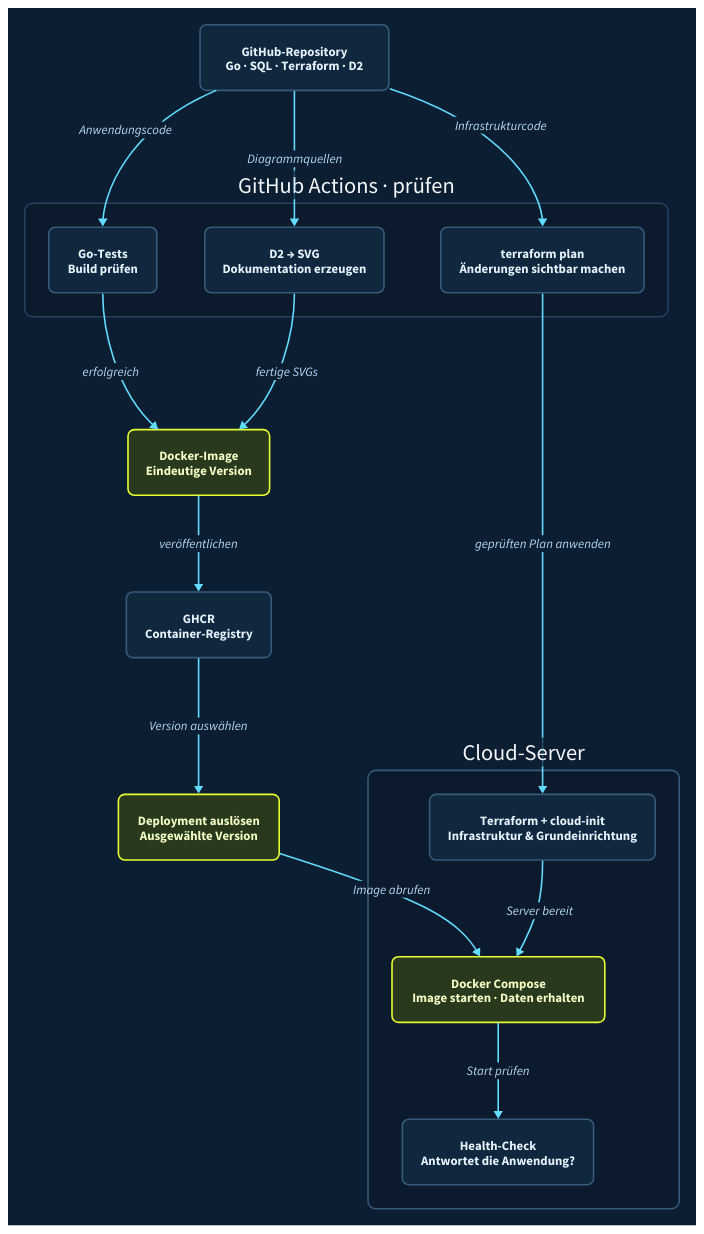
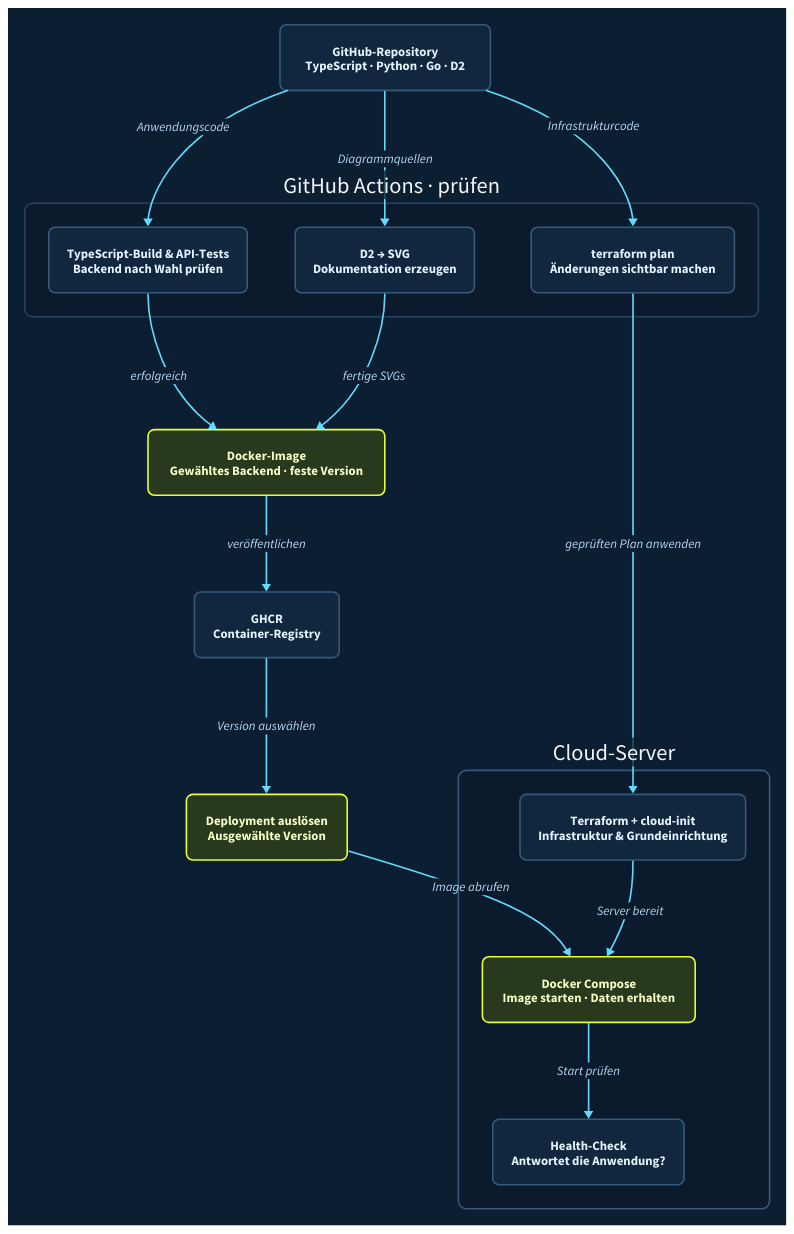
Before and after one commit to crnly/strom-dashboard: the diagram in diagrams/deployment.d2, drawn with D2. The commit also changed 19 other files, not shown here.

Commit message:
Add TypeScript frontend and interchangeable demo backends

```diff
--- a/diagrams/deployment.d2
+++ b/diagrams/deployment.d2
@@ -1,35 +1,35 @@
 vars: {d2-config: {theme-id: 201}}
 style: {fill: "#0C1E31"; font-color: "#E4F4FF"}
 # Geplanter Software- und Infrastrukturweg. Releases sind versioniert.
 direction: down
 classes: {
   node: {style: {fill: "#10273E"; stroke: "#365A79"; font-color: "#E4F4FF"; border-radius: 8}}
   emphasis: {style: {fill: "#29391E"; stroke: "#E7FF32"; font-color: "#F3FFC5"; border-radius: 8}}
 }
-repo: "GitHub-Repository\nGo · SQL · Terraform · D2" {class: node}
+repo: "GitHub-Repository\nTypeScript · Python · Go · D2" {class: node}
 ci: "GitHub Actions · prüfen" {
   style: {fill: "#0B1A2C"; stroke: "#24415D"; border-radius: 10}
-  tests: "Go-Tests\nBuild prüfen" {class: node}
+  tests: "TypeScript-Build & API-Tests\nBackend nach Wahl prüfen" {class: node}
   docs: "D2 → SVG\nDokumentation erzeugen" {class: node}
   plan: "terraform plan\nÄnderungen sichtbar machen" {class: node}
 }
-image: "Docker-Image\nEindeutige Version" {class: emphasis}
+image: "Docker-Image\nGewähltes Backend · feste Version" {class: emphasis}
 registry: "GHCR\nContainer-Registry" {class: node}
 release: "Deployment auslösen\nAusgewählte Version" {class: emphasis}
 server: "Cloud-Server" {
   style: {fill: "#0B1A2C"; stroke: "#365A79"; border-radius: 10}
   init: "Terraform + cloud-init\nInfrastruktur & Grundeinrichtung" {class: node}
   run: "Docker Compose\nImage starten · Daten erhalten" {class: emphasis}
   health: "Health-Check\nAntwortet die Anwendung?" {class: node}
 }
 repo -> ci.tests: Anwendungscode {style: {stroke: "#61DCFF"; font-color: "#B8D8F2"}}
 repo -> ci.docs: Diagrammquellen {style: {stroke: "#61DCFF"; font-color: "#B8D8F2"}}
 repo -> ci.plan: Infrastrukturcode {style: {stroke: "#61DCFF"; font-color: "#B8D8F2"}}
 ci.tests -> image: erfolgreich {style: {stroke: "#61DCFF"; font-color: "#B8D8F2"}}
 ci.docs -> image: fertige SVGs {style: {stroke: "#61DCFF"; font-color: "#B8D8F2"}}
 image -> registry: veröffentlichen {style: {stroke: "#61DCFF"; font-color: "#B8D8F2"}}
 registry -> release: Version auswählen {style: {stroke: "#61DCFF"; font-color: "#B8D8F2"}}
 release -> server.run: Image abrufen {style: {stroke: "#61DCFF"; font-color: "#B8D8F2"}}
 ci.plan -> server.init: geprüften Plan anwenden {style: {stroke: "#61DCFF"; font-color: "#B8D8F2"}}
 server.init -> server.run: Server bereit {style: {stroke: "#61DCFF"; font-color: "#B8D8F2"}}
 server.run -> server.health: Start prüfen {style: {stroke: "#61DCFF"; font-color: "#B8D8F2"}}
```
